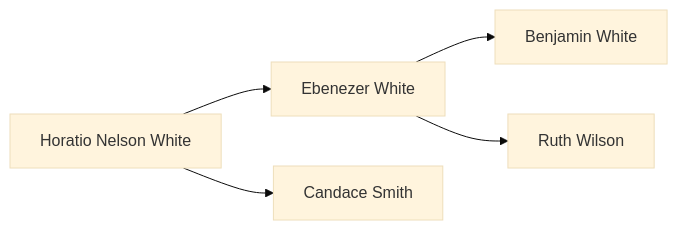
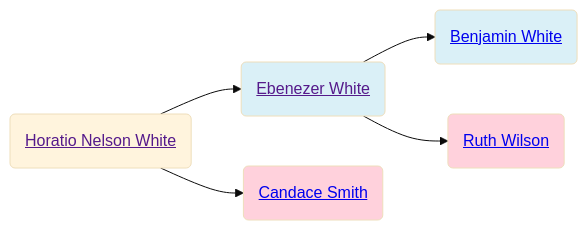
One commit to neelsmith/avocational changed the diagram in familyhistory/sources/people/Merrill-line/White-line/Horatio_Nelson_White.qmd. Above: the diagram before and after it, drawn with Mermaid (base theme). The commit also changed 71 other files, not shown here.

````diff
--- a/familyhistory/sources/people/Merrill-line/White-line/Horatio_Nelson_White.qmd
+++ b/familyhistory/sources/people/Merrill-line/White-line/Horatio_Nelson_White.qmd
@@ -19,7 +19,15 @@
 ```{mermaid}
 graph LR
-Horatio_Nelson_White[Horatio Nelson White] -->  Ebenezer_White[Ebenezer White]
-Ebenezer_White[Ebenezer White] -->  Benjamin_White[Benjamin White]
-Ebenezer_White[Ebenezer White]  --> Ruth_Wilson[Ruth Wilson]
-Horatio_Nelson_White[Horatio Nelson White]  --> Candace_Smith[Candace Smith]
+Horatio_Nelson_White(<a href=''>Horatio Nelson White</>) -->  Ebenezer_White(<a href='./Ebenezer_White.html'>Ebenezer White</>)
+Ebenezer_White(<a href=''>Ebenezer White</>) -->  Benjamin_White(<a href='./Benjamin_White.html'>Benjamin White</>)
+class Benjamin_White father
+Ebenezer_White(<a href=''>Ebenezer White</>)  --> Ruth_Wilson(<a href='./Wilson-line/Ruth_Wilson.html'>Ruth Wilson</>)
+class Ruth_Wilson mother
+class Ebenezer_White father
+Horatio_Nelson_White(<a href=''>Horatio Nelson White</>)  --> Candace_Smith(<a href='./Candace-Smith-line/Candace_Smith.html'>Candace Smith</>)
+class Candace_Smith mother
+classDef mother fill:#ffd1dc
+classDef father fill:#daf0f7  
+classDef marriage fill:#ffffff
+
 ```
````
